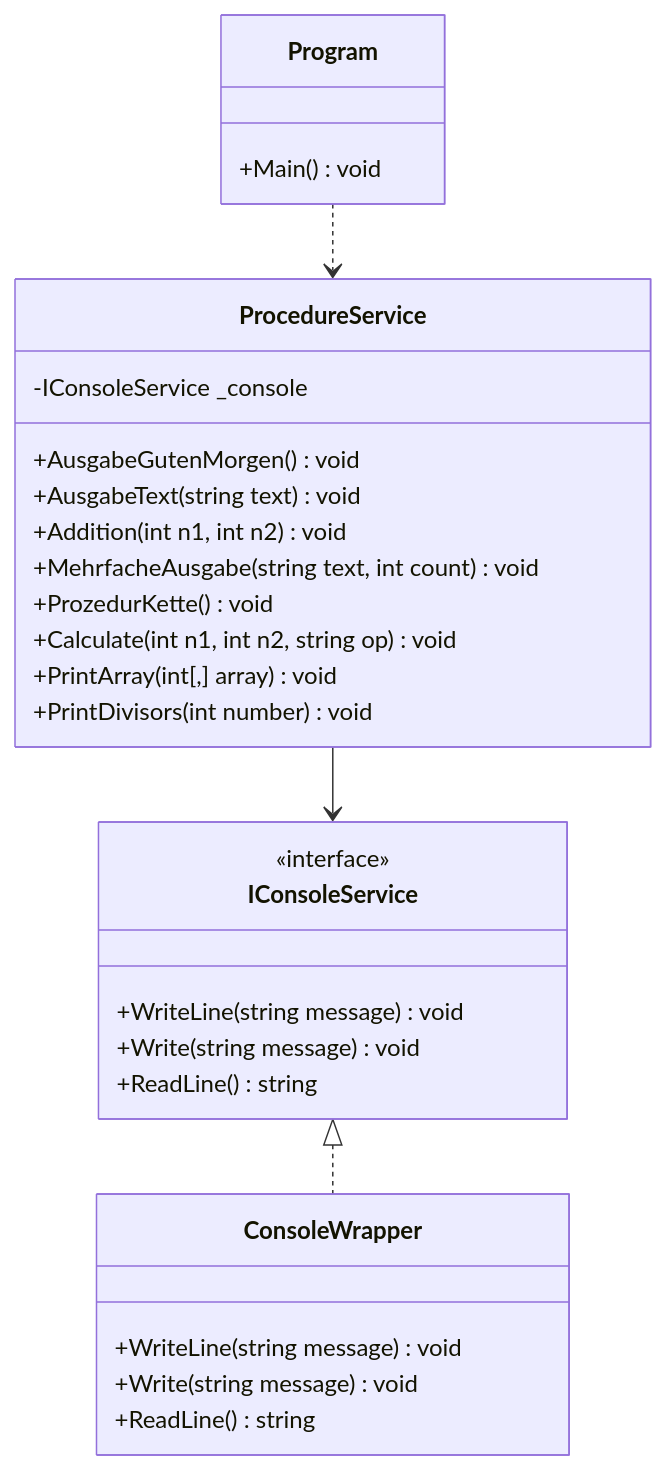
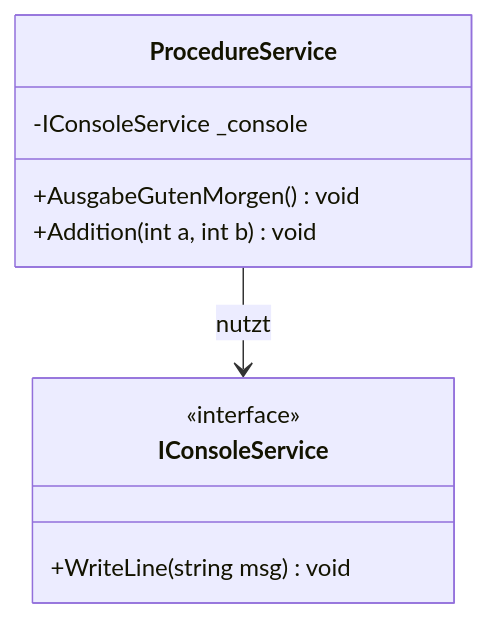
The diagram in 08_Procedures/README.md (T-Boyke/C-Sharp-OOP-Fundamentals), drawn with Mermaid before and after one commit. The commit also changed other lines of this file and 5 other files, not shown here.

````diff
--- a/08_Procedures/README.md
+++ b/08_Procedures/README.md
@@ -52,35 +79,15 @@
 ```mermaid
 classDiagram
-    class Program {
-        +Main() void
-    }
-    
     class IConsoleService {
         <<interface>>
-        +WriteLine(string message) void
-        +Write(string message) void
-        +ReadLine() string
-    }
-
-    class ConsoleWrapper {
-        +WriteLine(string message) void
-        +Write(string message) void
-        +ReadLine() string
+        +WriteLine(string msg) void
     }
 
     class ProcedureService {
         -IConsoleService _console
         +AusgabeGutenMorgen() void
-        +AusgabeText(string text) void
-        +Addition(int n1, int n2) void
-        +MehrfacheAusgabe(string text, int count) void
-        +ProzedurKette() void
-        +Calculate(int n1, int n2, string op) void
-        +PrintArray(int[,] array) void
-        +PrintDivisors(int number) void
+        +Addition(int a, int b) void
     }
 
-    IConsoleService <|.. ConsoleWrapper
-    ProcedureService --> IConsoleService
-    Program ..> ProcedureService 
+    ProcedureService --> IConsoleService : nutzt
 ```
````
